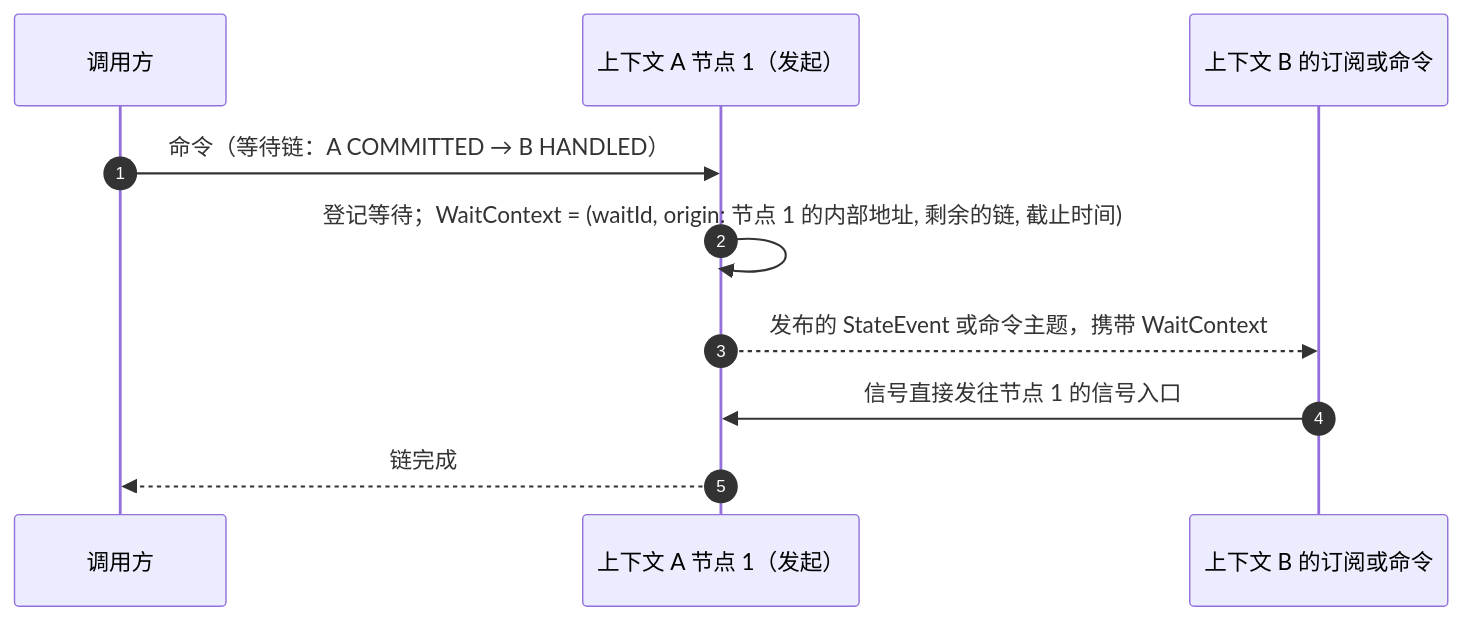
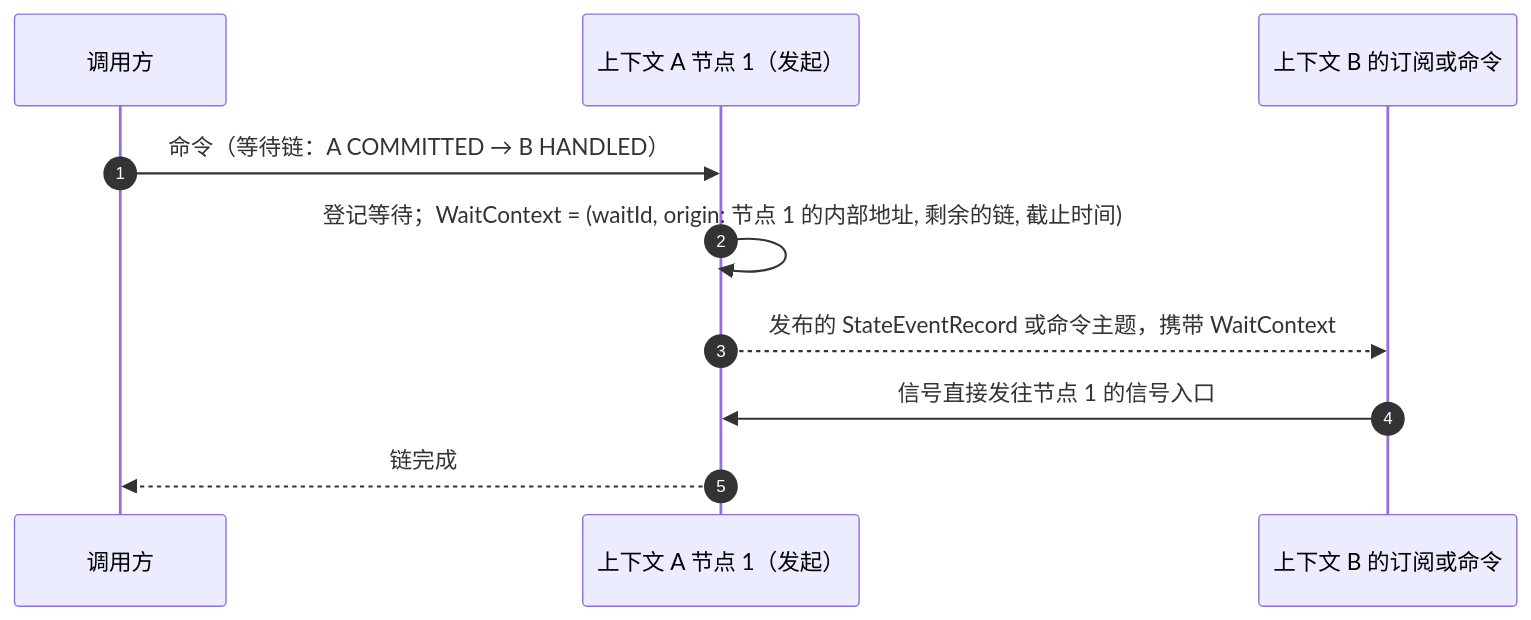
One commit to Ahoo-Wang/Wow changed the diagram in documentation/designs/v10/04-subscriptions.md. Above: the diagram before and after it, drawn with Mermaid. The commit also changed other lines of this file and 5 other files, not shown here.

First line of the commit message:
docs(v10): name StateEventRecord, add @Upgrade (D81-D82), record the annotation set

````diff
--- a/documentation/designs/v10/04-subscriptions.md
+++ b/documentation/designs/v10/04-subscriptions.md
@@ -95,12 +95,12 @@
 ```mermaid
 sequenceDiagram
     autonumber
     participant C as 调用方
     participant A1 as 上下文 A 节点 1（发起）
     participant B as 上下文 B 的订阅或命令
     C->>A1: 命令（等待链：A COMMITTED → B HANDLED）
     A1->>A1: 登记等待；WaitContext = (waitId, origin: 节点 1 的内部地址, 剩余的链, 截止时间)
-    A1-->>B: 发布的 StateEvent 或命令主题，携带 WaitContext
+    A1-->>B: 发布的 StateEventRecord 或命令主题，携带 WaitContext
     B->>A1: 信号直接发往节点 1 的信号入口
     A1-->>C: 链完成
 ```
````
